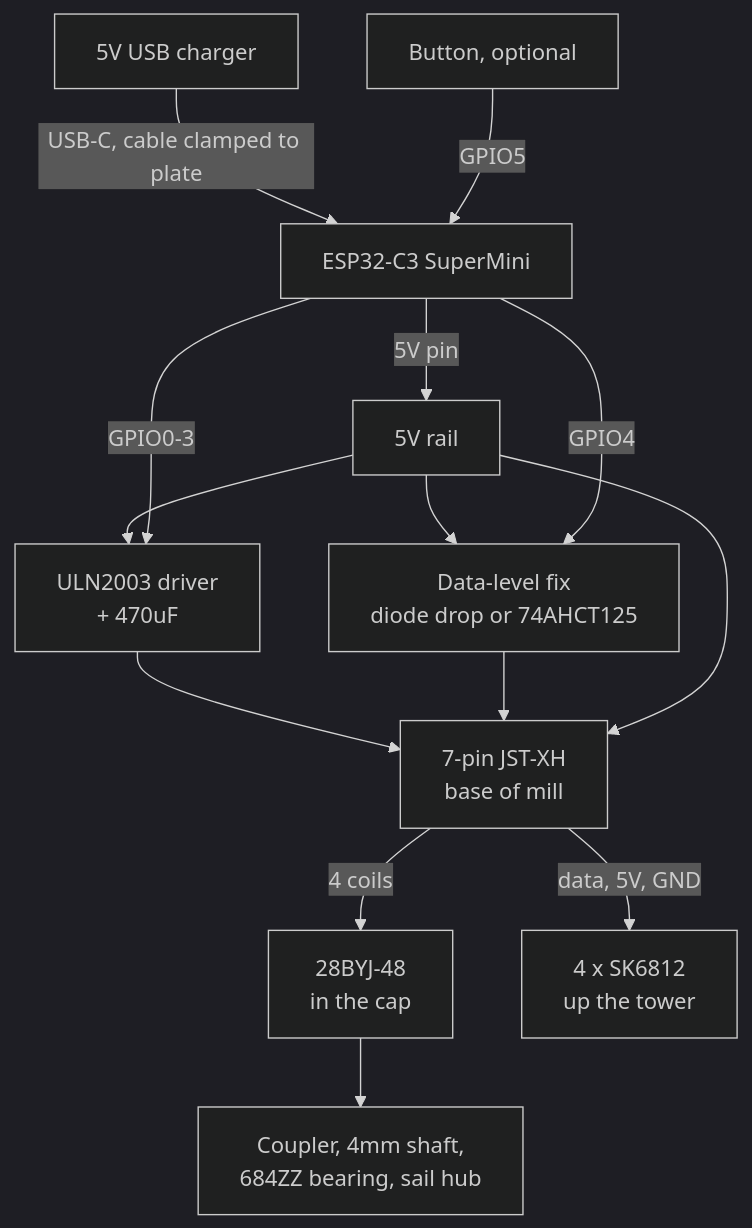
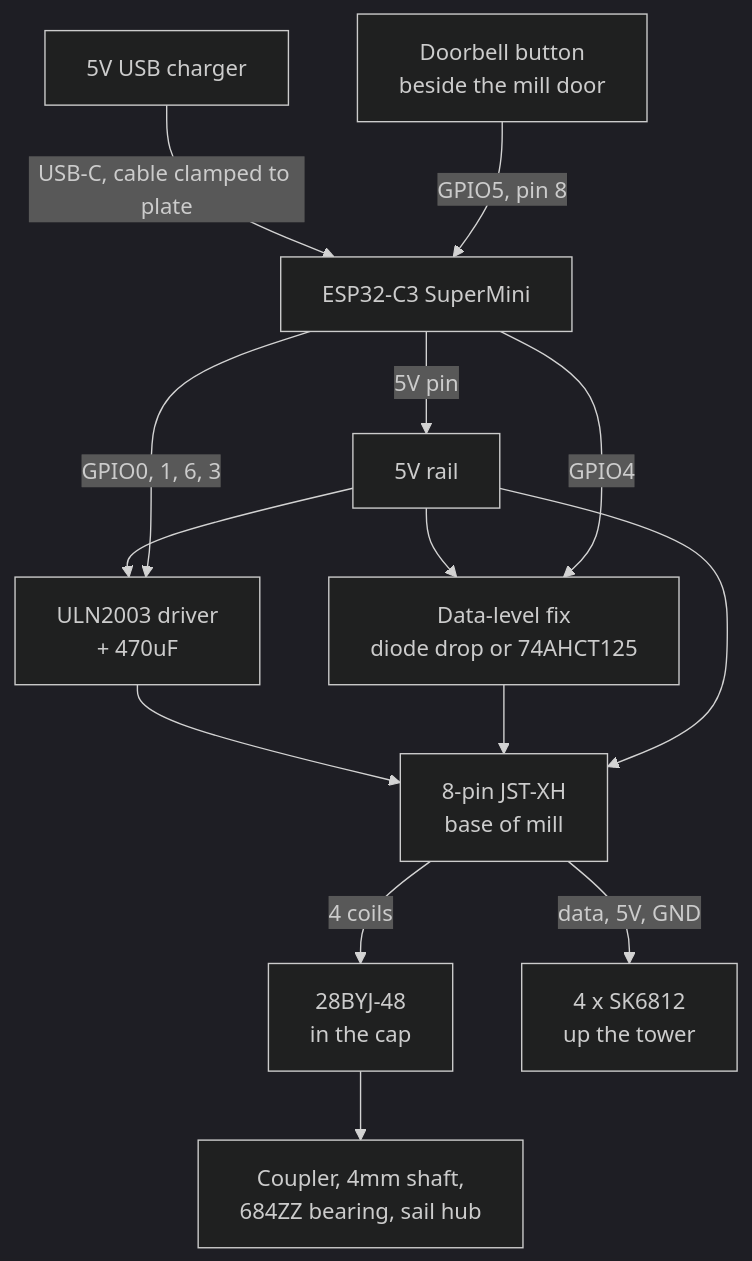
Before and after one commit to pturner1989/esp-windmill: the diagram in spec.md, drawn with Mermaid (dark theme). The commit also changed other lines of this file and 5 other files, not shown here.

First line of the commit message:
docs(spec): move IN3 to GPIO6, doorbell on an 8-pin connector, no ballast

````diff
--- a/spec.md
+++ b/spec.md
@@ -234,21 +236,21 @@
 ```mermaid
 flowchart TD
   PSU[5V USB charger] -->|USB-C, cable clamped to plate| ESP[ESP32-C3 SuperMini]
 
   ESP -->|5V pin| RAIL[5V rail]
   RAIL --> ULN[ULN2003 driver<br/>+ 470uF]
   RAIL --> SHIFT[Data-level fix<br/>diode drop or 74AHCT125]
 
-  ESP -->|GPIO0-3| ULN
+  ESP -->|GPIO0, 1, 6, 3| ULN
   ESP -->|GPIO4| SHIFT
-  BTN[Button, optional] -->|GPIO5| ESP
+  BTN[Doorbell button<br/>beside the mill door] -->|GPIO5, pin 8| ESP
 
   ULN --> J7
   SHIFT --> J7
-  RAIL --> J7[7-pin JST-XH<br/>base of mill]
+  RAIL --> J7[8-pin JST-XH<br/>base of mill]
 
   J7 -->|4 coils| MOT[28BYJ-48<br/>in the cap]
   J7 -->|data, 5V, GND| PIX[4 x SK6812<br/>up the tower]
 
   MOT --> SHAFT[Coupler, 4mm shaft,<br/>684ZZ bearing, sail hub]
 ```
````
